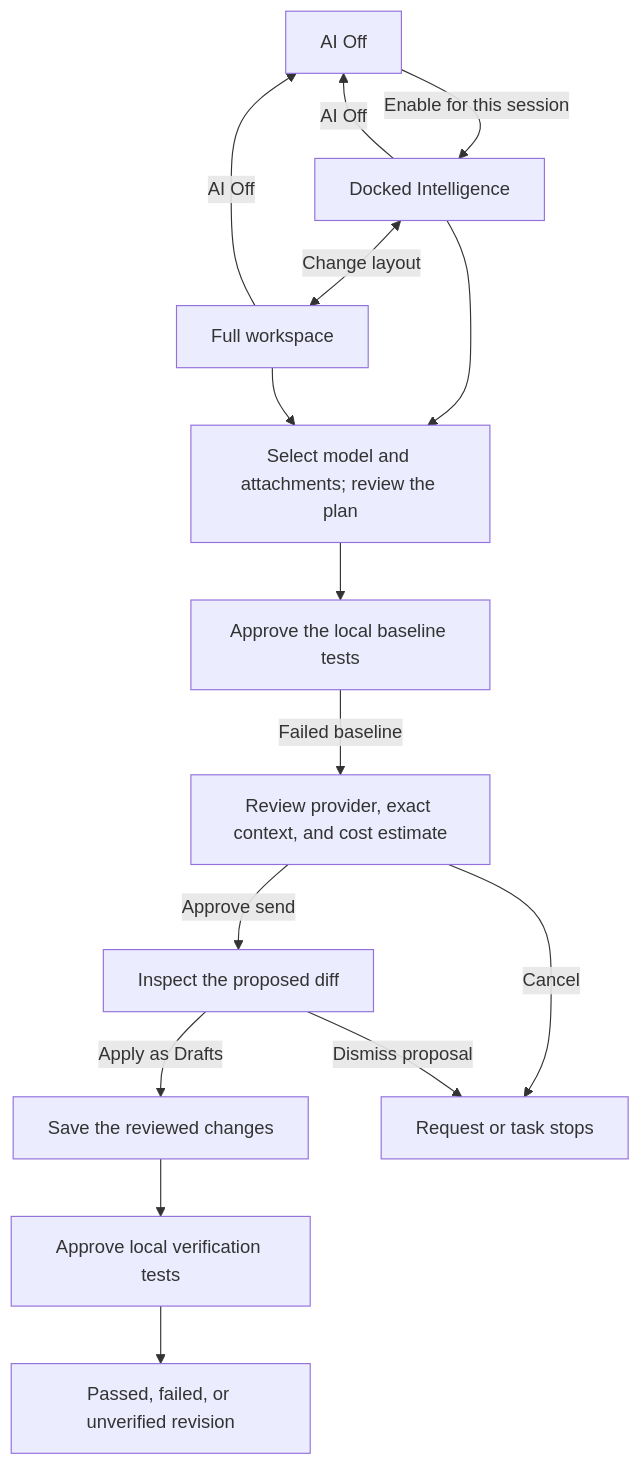
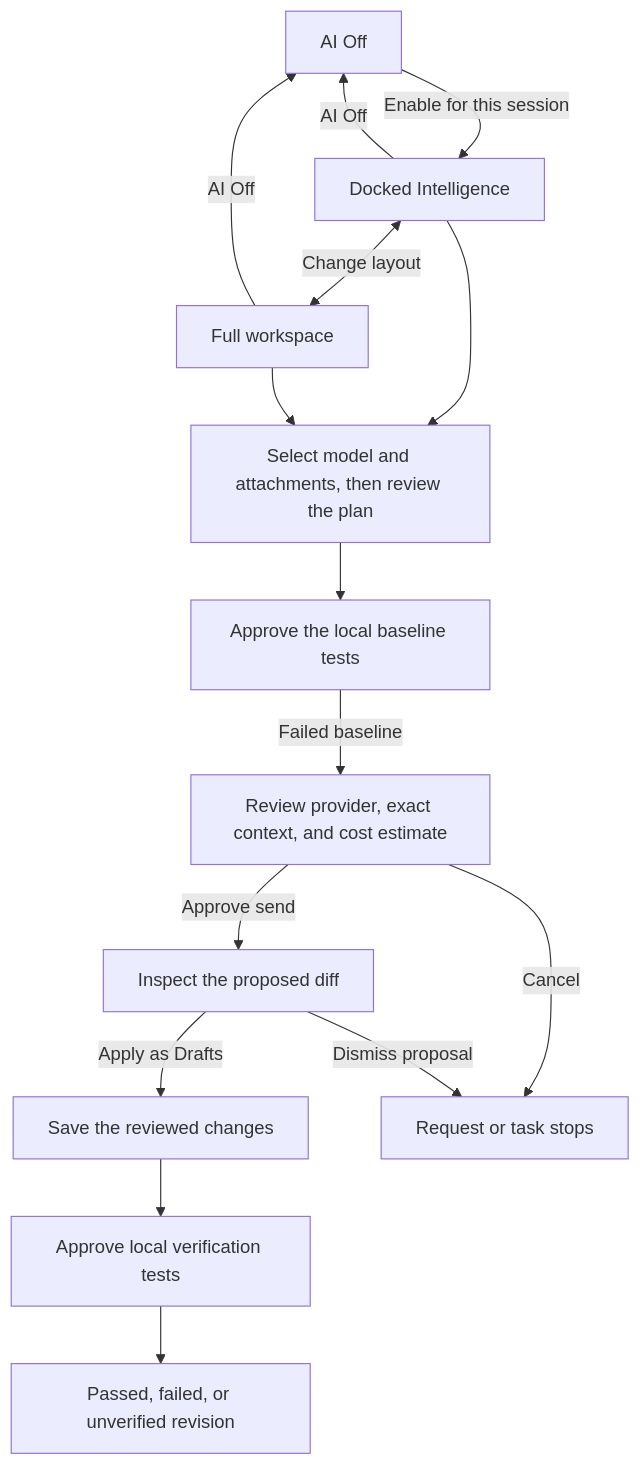
The second of 2 diagrams in docs/phase-6/g8-intelligence-workspace.md (sadatyousufzaisky-commits/cevra), drawn with Mermaid before and after one commit. The commit also changed other lines of this file and 5 other files, not shown here.

````diff
--- a/docs/phase-6/g8-intelligence-workspace.md
+++ b/docs/phase-6/g8-intelligence-workspace.md
@@ -9,17 +23,17 @@
 ```mermaid
 flowchart TD
     Off["AI Off"] -->|Enable for this session| Dock["Docked Intelligence"]
     Dock <-->|Change layout| Full["Full workspace"]
-    Dock --> Plan["Select model and attachments; review the plan"]
+    Dock --> Plan["Select model and attachments, then review the plan"]
     Full --> Plan
     Plan --> B["Approve the local baseline tests"]
     B -->|Failed baseline| S["Review provider, exact context, and cost estimate"]
     S -->|Approve send| P["Inspect the proposed diff"]
     P -->|Apply as Drafts| Save["Save the reviewed changes"]
     Save --> V["Approve local verification tests"]
     V --> E["Passed, failed, or unverified revision"]
     S -->|Cancel| Stop["Request or task stops"]
     P -->|Dismiss proposal| Stop
     Full -->|AI Off| Off
     Dock -->|AI Off| Off
 ```
````
